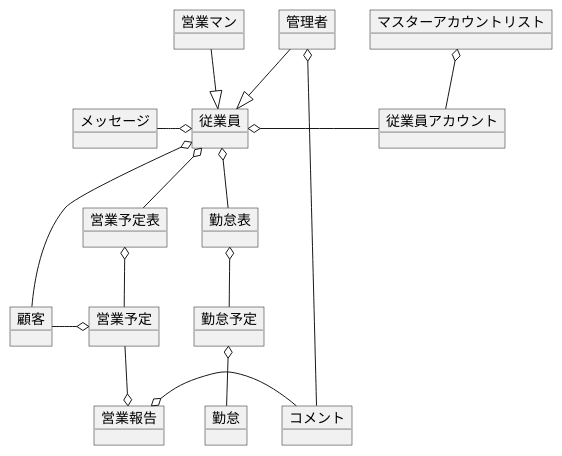
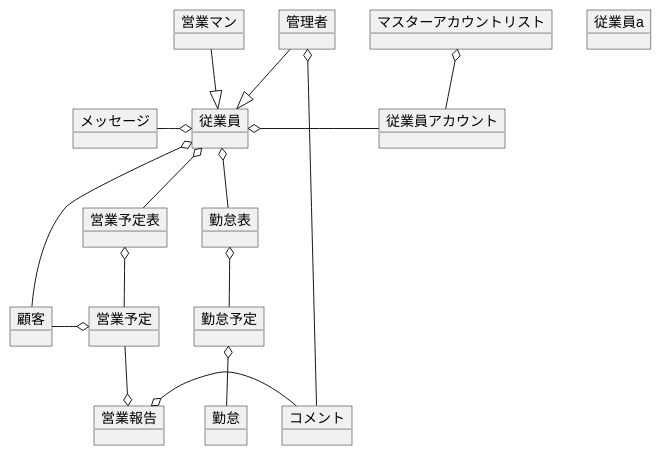
One commit to k42un0k0/k42un0k0force changed the diagram in doc/v1.0.0/ドメインモデル.pu. Above: the diagram before and after it, drawn with PlantUML.

Commit message:
test commit

```diff
--- a/doc/v1.0.0/ドメインモデル.pu
+++ b/doc/v1.0.0/ドメインモデル.pu
@@ -1,35 +1,36 @@
 @startuml ドメインモデル
 
 object 営業マン
 object 管理者
 object 従業員
+object 従業員a
 
 object 顧客
 object 営業予定表
 object 営業予定
 object 営業報告
 object コメント
 object 勤怠表
 object 勤怠予定
 object 勤怠
 object メッセージ
 object 従業員アカウント
 object マスターアカウントリスト
 
 営業マン --|> 従業員
 管理者 --|> 従業員
 従業員 o-right- 従業員アカウント
 マスターアカウントリスト o-- 従業員アカウント
 従業員 o-left- メッセージ
 従業員 o-- 顧客
 従業員 o-- 営業予定表
 営業予定表 o-- 営業予定
 営業予定 o-left- 顧客
 営業報告 o-up- 営業予定
 従業員 o-- 勤怠表
 勤怠表 o-- 勤怠予定
 勤怠予定 o-- 勤怠
 管理者 o-- コメント
 営業報告 o-right- コメント
 
 @enduml
```
